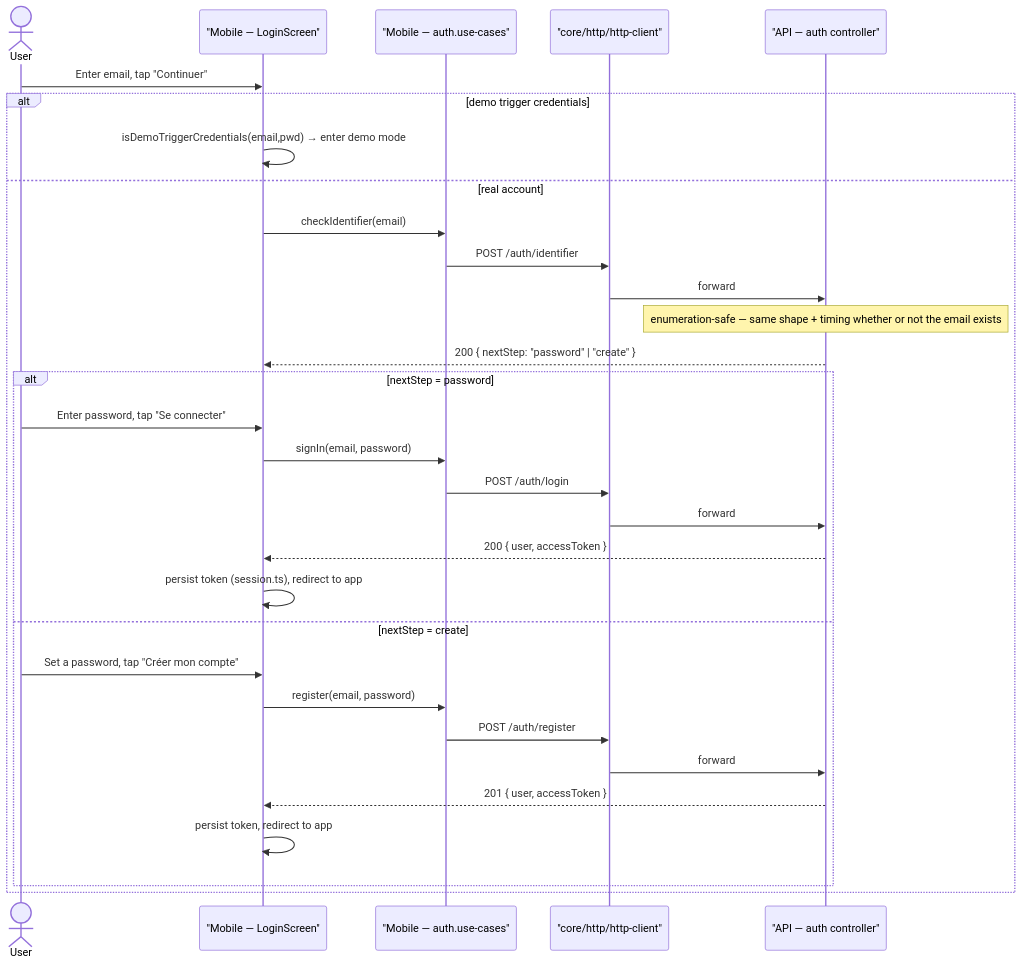
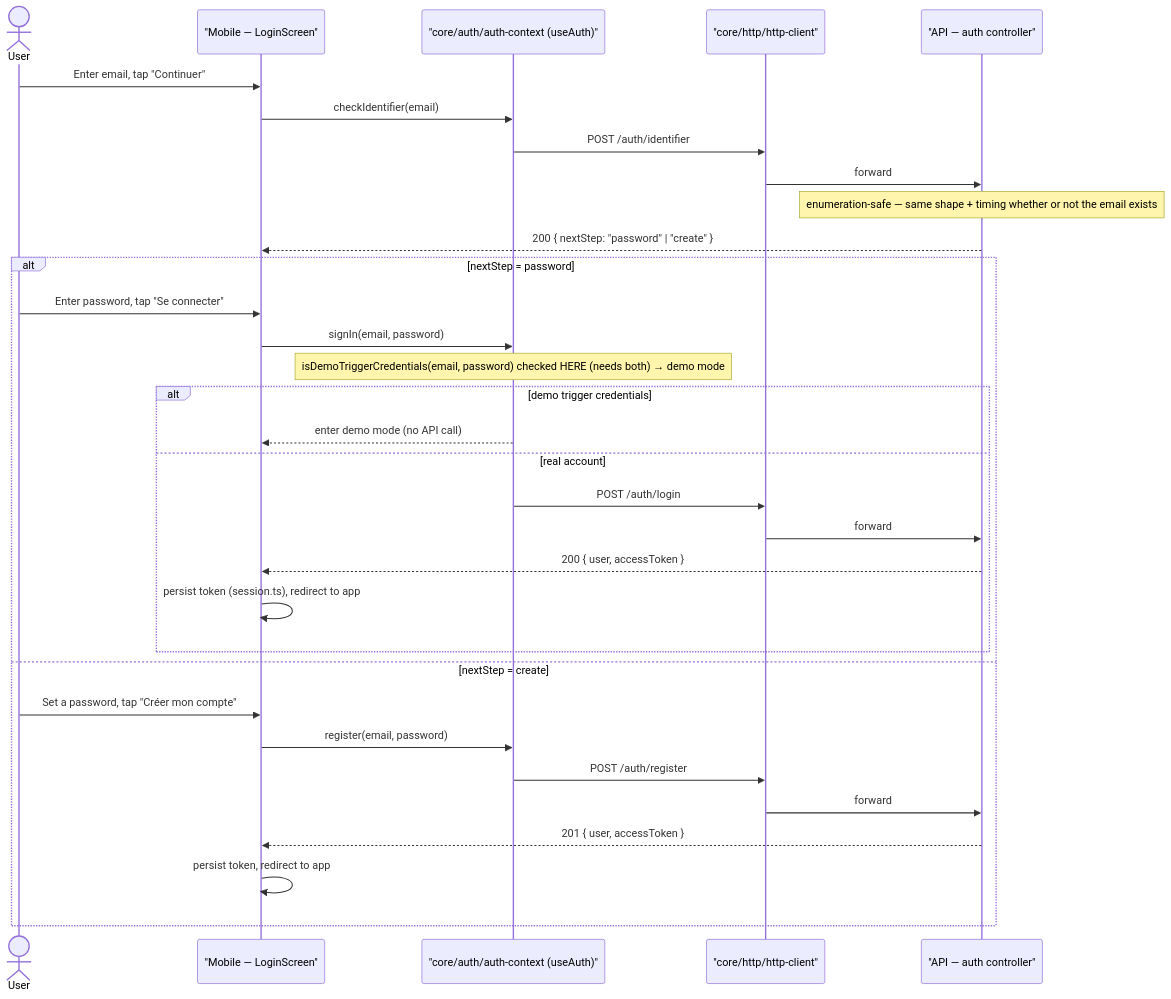
One commit to benoit-bremaud/brasse-bouillon changed the diagram in docs/architecture/diagrams/account/02-sequence-identifier-first.md. Above: the diagram before and after it, drawn with Mermaid. The commit also changed 4 other files, not shown here.

First line of the commit message:
docs(account): address Copilot review — real auth shapes & flows

````diff
--- a/docs/architecture/diagrams/account/02-sequence-identifier-first.md
+++ b/docs/architecture/diagrams/account/02-sequence-identifier-first.md
@@ -16,34 +16,35 @@
 ```mermaid
 sequenceDiagram
   actor U as User
   participant S as "Mobile — LoginScreen"
-  participant UC as "Mobile — auth.use-cases"
+  participant Ctx as "core/auth/auth-context (useAuth)"
   participant HTTP as "core/http/http-client"
   participant API as "API — auth controller"
 
   U->>S: Enter email, tap "Continuer"
-  alt demo trigger credentials
-    S->>S: isDemoTriggerCredentials(email,pwd) → enter demo mode
-  else real account
-    S->>UC: checkIdentifier(email)
-    UC->>HTTP: POST /auth/identifier
-    HTTP->>API: forward
-    Note over API: enumeration-safe — same shape + timing whether or not the email exists
-    API-->>S: 200 { nextStep: "password" | "create" }
-    alt nextStep = password
-      U->>S: Enter password, tap "Se connecter"
-      S->>UC: signIn(email, password)
-      UC->>HTTP: POST /auth/login
+  S->>Ctx: checkIdentifier(email)
+  Ctx->>HTTP: POST /auth/identifier
+  HTTP->>API: forward
+  Note over API: enumeration-safe — same shape + timing whether or not the email exists
+  API-->>S: 200 { nextStep: "password" | "create" }
+  alt nextStep = password
+    U->>S: Enter password, tap "Se connecter"
+    S->>Ctx: signIn(email, password)
+    Note over Ctx: isDemoTriggerCredentials(email, password) checked HERE (needs both) → demo mode
+    alt demo trigger credentials
+      Ctx-->>S: enter demo mode (no API call)
+    else real account
+      Ctx->>HTTP: POST /auth/login
       HTTP->>API: forward
       API-->>S: 200 { user, accessToken }
       S->>S: persist token (session.ts), redirect to app
-    else nextStep = create
-      U->>S: Set a password, tap "Créer mon compte"
-      S->>UC: register(email, password)
-      UC->>HTTP: POST /auth/register
-      HTTP->>API: forward
-      API-->>S: 201 { user, accessToken }
-      S->>S: persist token, redirect to app
     end
+  else nextStep = create
+    U->>S: Set a password, tap "Créer mon compte"
+    S->>Ctx: register(email, password)
+    Ctx->>HTTP: POST /auth/register
+    HTTP->>API: forward
+    API-->>S: 201 { user, accessToken }
+    S->>S: persist token, redirect to app
   end
 ```
````
